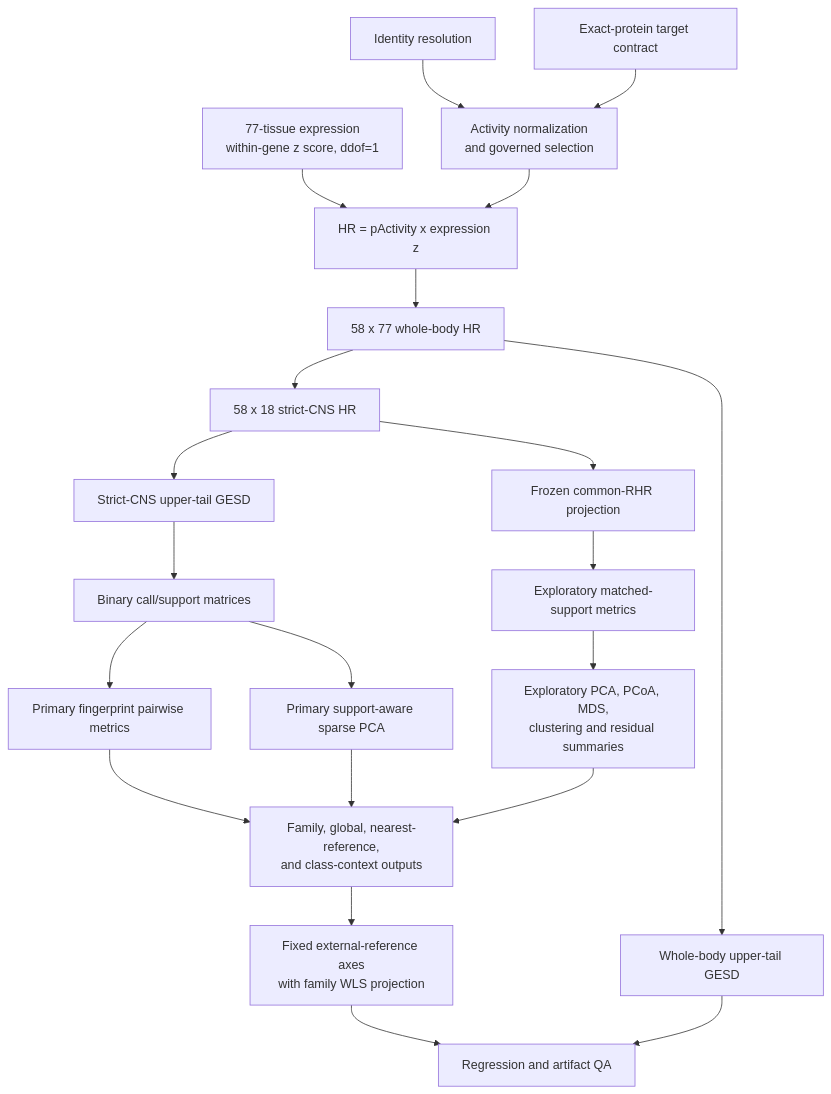
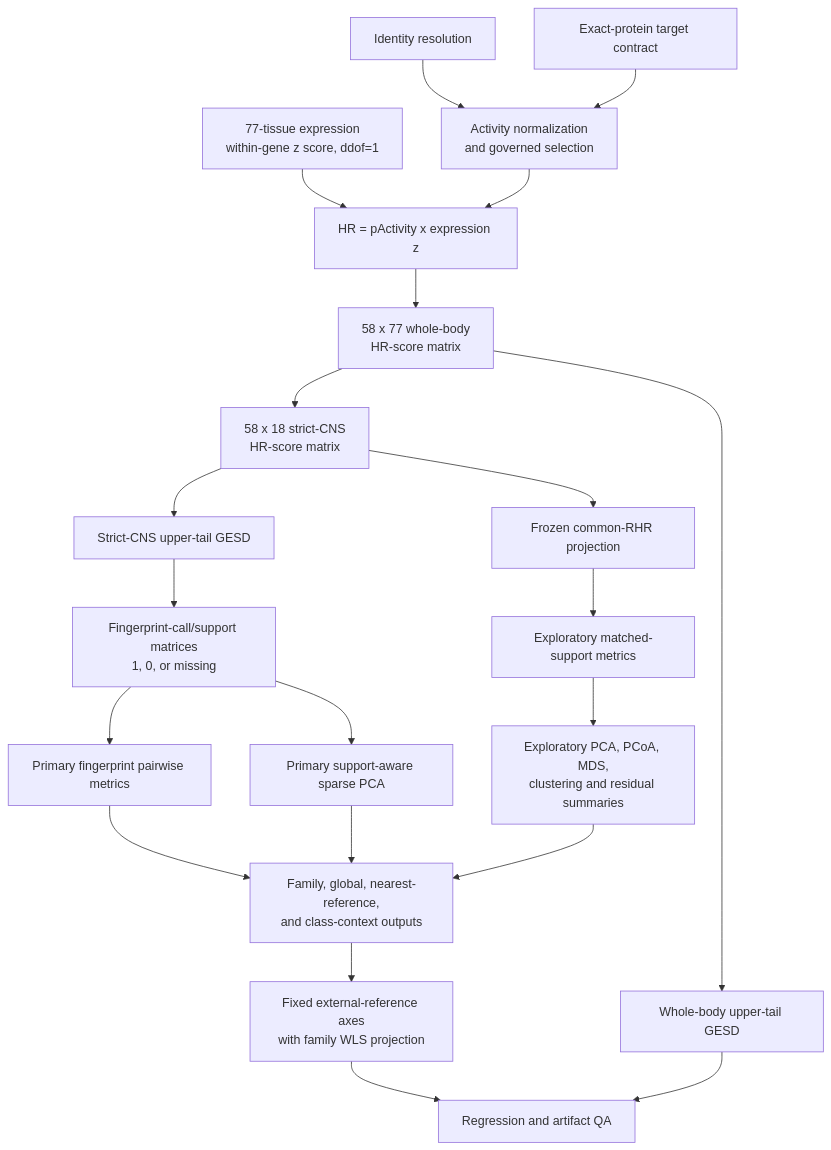
One commit to ericrosenn1/ketamine-historeceptomics changed the second of 2 diagrams in docs/CODE_ARCHITECTURE.md. Above: the diagram before and after it, drawn with Mermaid. The commit also changed other lines of this file and 21 other files, not shown here.

````diff
--- a/docs/CODE_ARCHITECTURE.md
+++ b/docs/CODE_ARCHITECTURE.md
@@ -66,23 +66,23 @@
 ```mermaid
 flowchart TD
     I[Identity resolution] --> A[Activity normalization<br/>and governed selection]
     T[Exact-protein target contract] --> A
     E[77-tissue expression<br/>within-gene z score, ddof=1] --> H[HR = pActivity x expression z]
     A --> H
-    H --> W[58 x 77 whole-body HR]
-    W --> N[58 x 18 strict-CNS HR]
+    H --> W[58 x 77 whole-body<br/>HR-score matrix]
+    W --> N[58 x 18 strict-CNS<br/>HR-score matrix]
     W --> GW[Whole-body upper-tail GESD]
     N --> GN[Strict-CNS upper-tail GESD]
-    GN --> B[Binary call/support matrices]
+    GN --> B[Fingerprint-call/support matrices<br/>1, 0, or missing]
     B --> P[Primary fingerprint pairwise metrics]
     B --> SP[Primary support-aware sparse PCA]
     N --> C[Frozen common-RHR projection]
     C --> CP[Exploratory matched-support metrics]
     CP --> M[Exploratory PCA, PCoA, MDS,<br/>clustering and residual summaries]
     P --> O[Family, global, nearest-reference,<br/>and class-context outputs]
     SP --> O
     M --> O
     O --> FR[Fixed external-reference axes<br/>with family WLS projection]
     FR --> QA[Regression and artifact QA]
     GW --> QA
 ```
````
